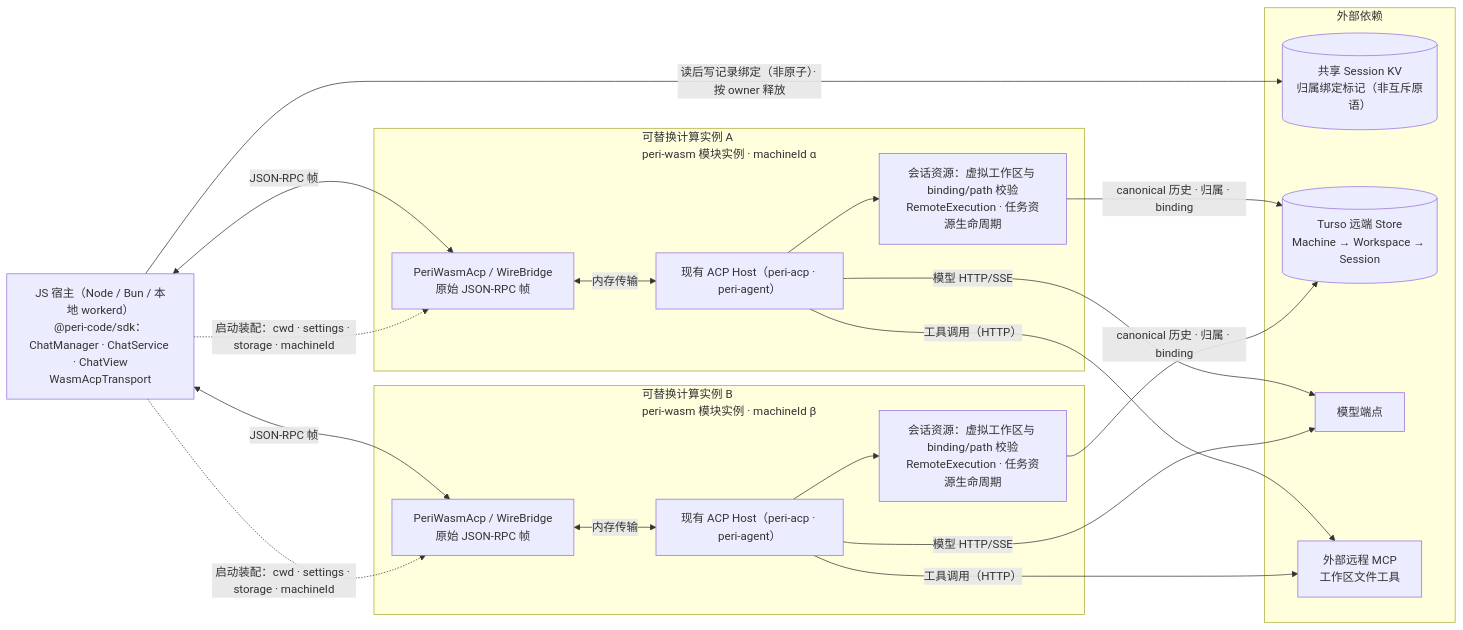
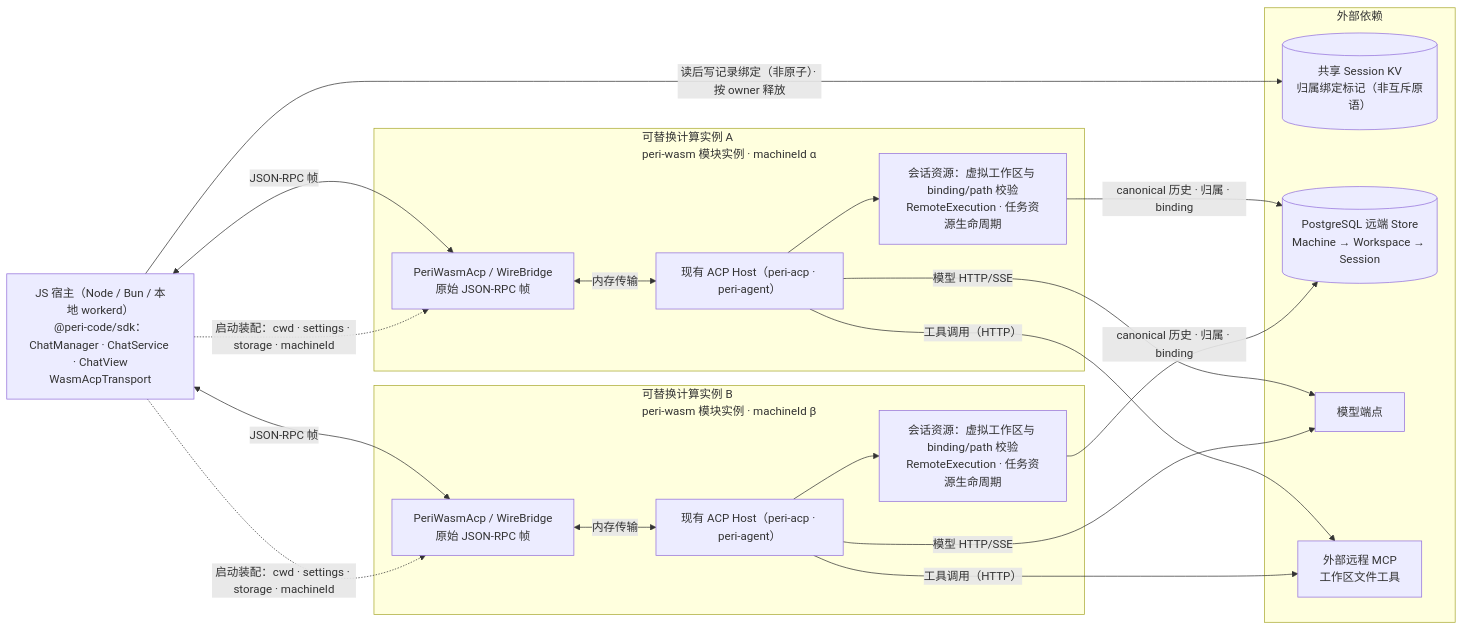
Before and after one commit to KonghaYao/peri: the diagram in docs/design/serverless-execution-identity.md, drawn with Mermaid. The commit also changed other lines of this file and 167 other files, not shown here.

First line of the commit message:
feat(sessions): 远程会话存储切换为 PostgreSQL

````diff
--- a/docs/design/serverless-execution-identity.md
+++ b/docs/design/serverless-execution-identity.md
@@ -13,40 +13,40 @@
 ```mermaid
 flowchart LR
     Host["JS 宿主（Node / Bun / 本地 workerd）<br/>@peri-code/sdk：ChatManager · ChatService · ChatView<br/>WasmAcpTransport"]
 
     subgraph Alpha["可替换计算实例 A<br/>peri-wasm 模块实例 · machineId α"]
         BridgeA["PeriWasmAcp / WireBridge<br/>原始 JSON-RPC 帧"]
         AcpA["现有 ACP Host（peri-acp · peri-agent）"]
         AuthorityA["会话资源：虚拟工作区与 binding/path 校验<br/>RemoteExecution · 任务资源生命周期"]
         BridgeA <-->|"内存传输"| AcpA
         AcpA --> AuthorityA
     end
 
     subgraph Beta["可替换计算实例 B<br/>peri-wasm 模块实例 · machineId β"]
         BridgeB["PeriWasmAcp / WireBridge<br/>原始 JSON-RPC 帧"]
         AcpB["现有 ACP Host（peri-acp · peri-agent）"]
         AuthorityB["会话资源：虚拟工作区与 binding/path 校验<br/>RemoteExecution · 任务资源生命周期"]
         BridgeB <-->|"内存传输"| AcpB
         AcpB --> AuthorityB
     end
 
     subgraph External["外部依赖"]
         Kv[("共享 Session KV<br/>归属绑定标记（非互斥原语）")]
-        Store[("Turso 远端 Store<br/>Machine → Workspace → Session")]
+        Store[("PostgreSQL 远端 Store<br/>Machine → Workspace → Session")]
         Model["模型端点"]
         Mcp["外部远程 MCP<br/>工作区文件工具"]
     end
 
     Host <-->|"JSON-RPC 帧"| BridgeA
     Host -.->|"启动装配：cwd · settings · storage · machineId"| BridgeA
     Host -->|"读后写记录绑定（非原子）· 按 owner 释放"| Kv
     AuthorityA -->|"canonical 历史 · 归属 · binding"| Store
     AcpA -->|"模型 HTTP/SSE"| Model
     AcpA -->|"工具调用（HTTP）"| Mcp
 
     Host <-->|"JSON-RPC 帧"| BridgeB
     Host -.->|"启动装配：cwd · settings · storage · machineId"| BridgeB
     AuthorityB -->|"canonical 历史 · 归属 · binding"| Store
     AcpB -->|"模型 HTTP/SSE"| Model
     AcpB -->|"工具调用（HTTP）"| Mcp
 ```
````
